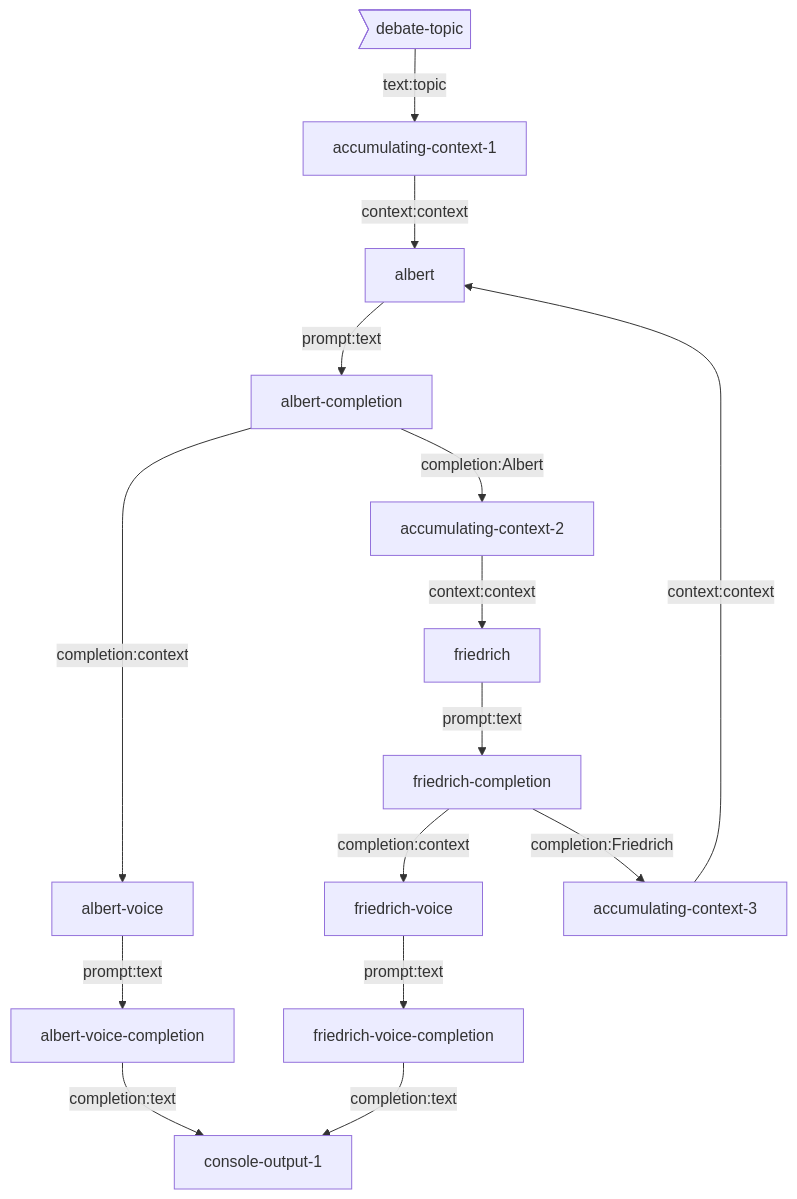
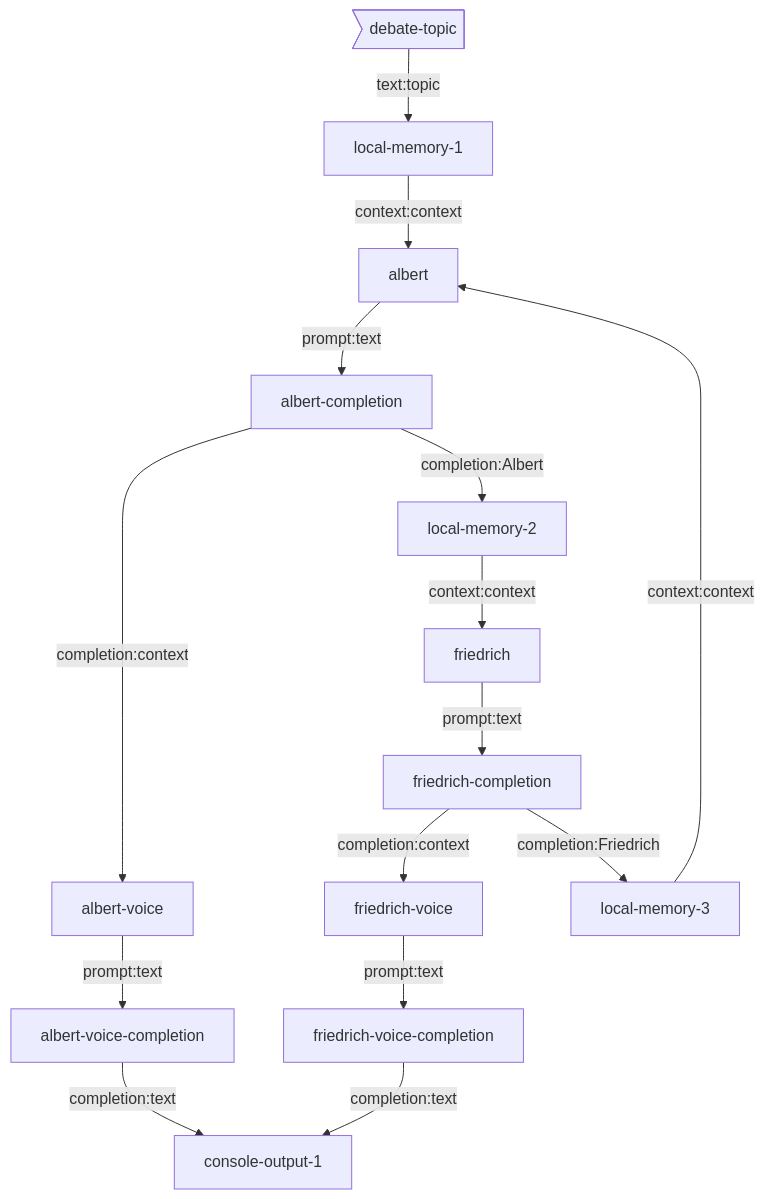
Before and after one commit to breadboard-ai/breadboard: the diagram in seeds/graph-playground/docs/graphs/endless-debate-with-voice.md, drawn with Mermaid. The commit also changed 6 other files, not shown here.

Commit message:
[graph-playground] Replace `accumulating-context` with `local-memory`.

````diff
--- a/seeds/graph-playground/docs/graphs/endless-debate-with-voice.md
+++ b/seeds/graph-playground/docs/graphs/endless-debate-with-voice.md
@@ -4,17 +4,17 @@
 ```mermaid
 graph TD;
-debate-topic>debate-topic] -- text:topic --> accumulating-context-1
-accumulating-context-1 -- context:context --> albert
+debate-topic>debate-topic] -- text:topic --> local-memory-1
+local-memory-1 -- context:context --> albert
 albert -- prompt:text --> albert-completion
 albert-completion -- completion:context --> albert-voice
 albert-voice -- prompt:text --> albert-voice-completion
 albert-voice-completion -- completion:text --> console-output-1
-albert-completion -- completion:Albert --> accumulating-context-2
-accumulating-context-2 -- context:context --> friedrich
+albert-completion -- completion:Albert --> local-memory-2
+local-memory-2 -- context:context --> friedrich
 friedrich -- prompt:text --> friedrich-completion
 friedrich-completion -- completion:context --> friedrich-voice
 friedrich-voice -- prompt:text --> friedrich-voice-completion
 friedrich-voice-completion -- completion:text --> console-output-1
-friedrich-completion -- completion:Friedrich --> accumulating-context-3
-accumulating-context-3 -- context:context --> albert
+friedrich-completion -- completion:Friedrich --> local-memory-3
+local-memory-3 -- context:context --> albert
 ```
````
